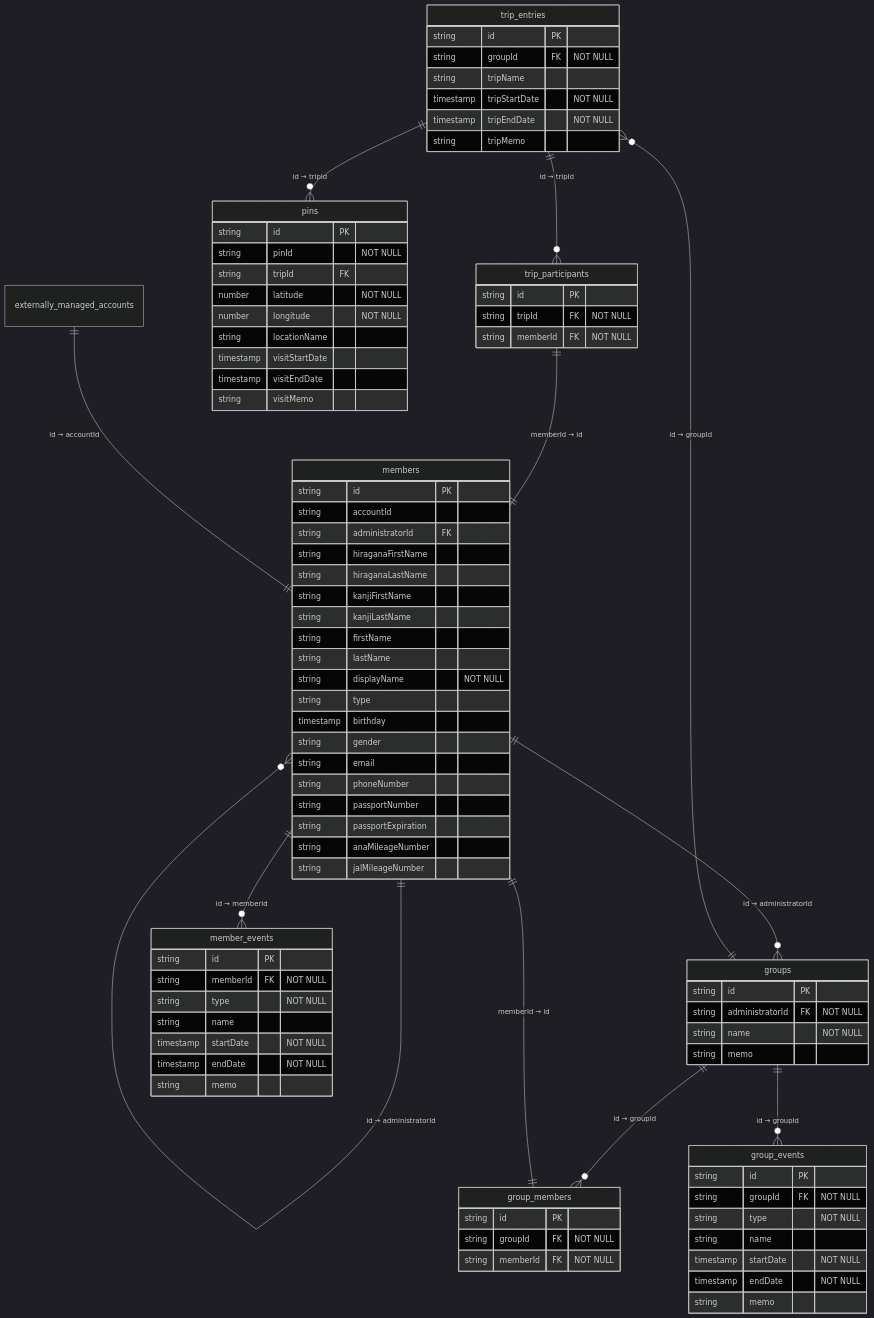
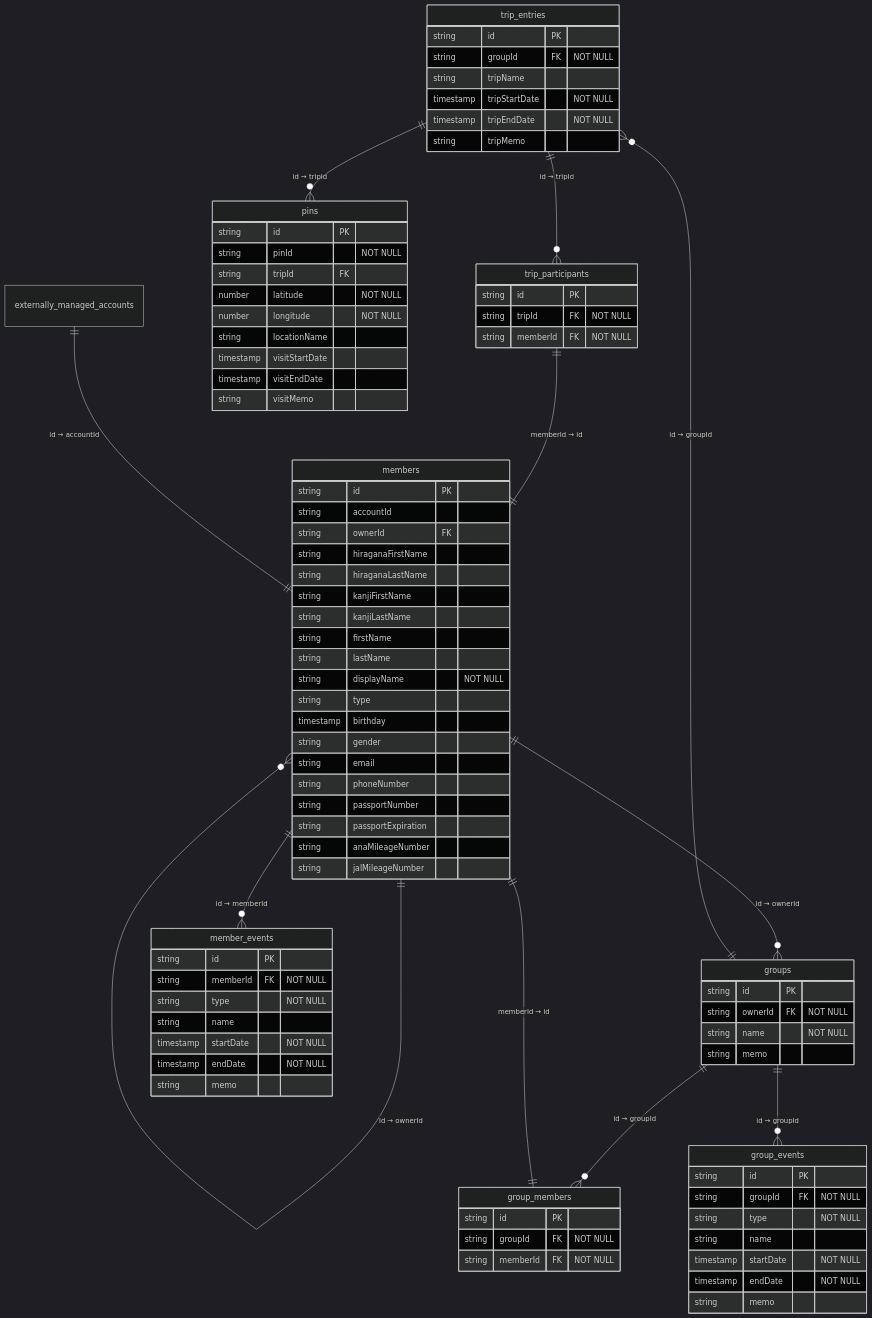
The diagram in docs/er_diagram.md (taka-016/memora), drawn with Mermaid (dark theme) before and after one commit. The commit also changed 34 other files, not shown here.

Commit message:
refactor: administratorId→ownerId

````diff
--- a/docs/er_diagram.md
+++ b/docs/er_diagram.md
@@ -28,7 +28,7 @@
     }
     groups {
         string id PK
-        string administratorId FK "NOT NULL"
+        string ownerId FK "NOT NULL"
         string name "NOT NULL"
         string memo
     }
@@ -49,7 +49,7 @@
     members {
         string id PK
         string accountId
-        string administratorId FK
+        string ownerId FK
         string hiraganaFirstName
         string hiraganaLastName
         string kanjiFirstName
@@ -86,6 +86,6 @@
     groups ||--o{ group_events : "id → groupId"
     groups ||--o{ trip_entries : "id → groupId"
     externally_managed_accounts ||--|| members : "id → accountId"
-    members ||--o{ members : "id → administratorId"
-    members ||--o{ groups : "id → administratorId"
+    members ||--o{ members : "id → ownerId"
+    members ||--o{ groups : "id → ownerId"
 ```
````
